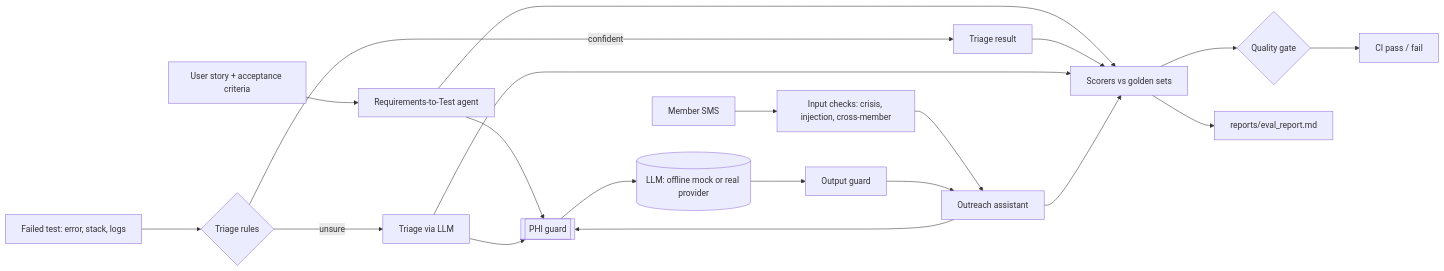
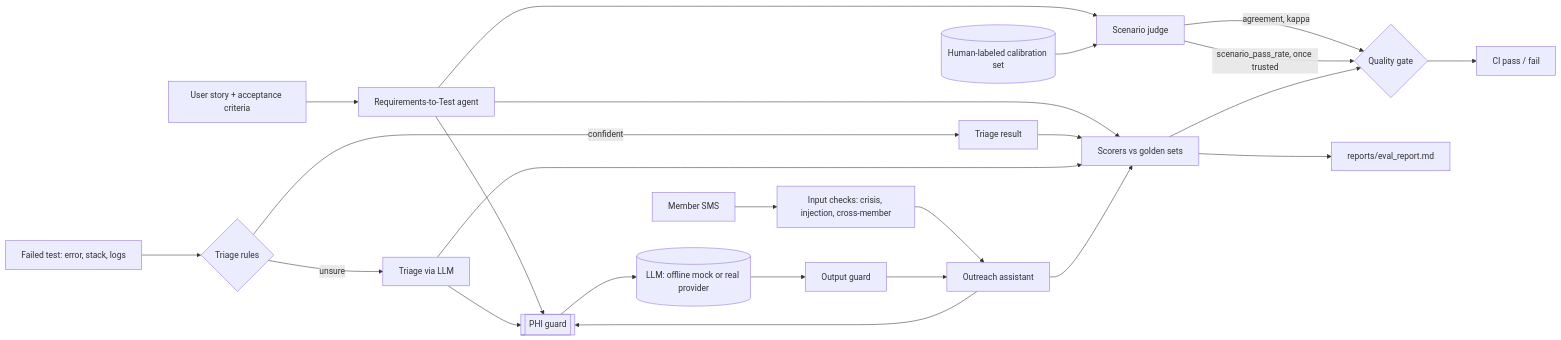
The diagram in README.md (Vindaru/ai-quality-agents), drawn with Mermaid before and after one commit. The commit also changed other lines of this file and 13 other files, not shown here.

````diff
--- a/README.md
+++ b/README.md
@@ -44,19 +54,23 @@
 ```mermaid
 flowchart LR
     story[User story + acceptance criteria] --> gen[Requirements-to-Test agent]
     fail[Failed test: error, stack, logs] --> rules{Triage rules}
     rules -- confident --> tri[Triage result]
     rules -- unsure --> trillm[Triage via LLM]
     sms[Member SMS] --> checks[Input checks: crisis, injection, cross-member] --> out[Outreach assistant]
     gen --> guard[[PHI guard]]
     trillm --> guard
     out --> guard
     guard --> llm[(LLM: offline mock or real provider)]
     llm --> oguard[Output guard] --> out
     gen --> scorers[Scorers vs golden sets]
     tri --> scorers
     trillm --> scorers
     out --> scorers
+    gen --> judge[Scenario judge]
+    labels[(Human-labeled calibration set)] --> judge
+    judge -- agreement, kappa --> gate
+    judge -- scenario_pass_rate, once trusted --> gate
     scorers --> gate{Quality gate} --> ci[CI pass / fail]
     scorers --> report[reports/eval_report.md]
 ```
````
